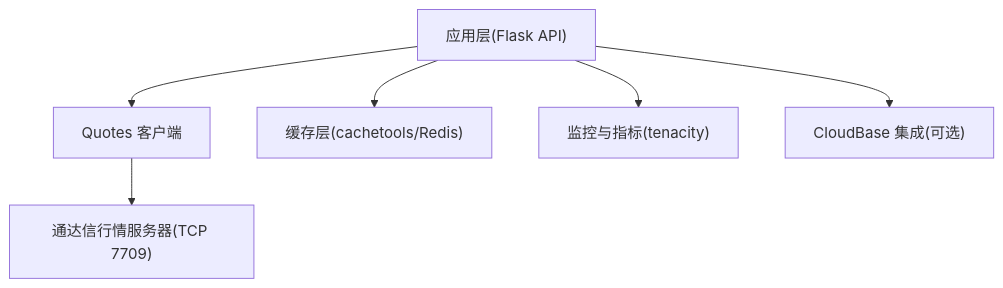
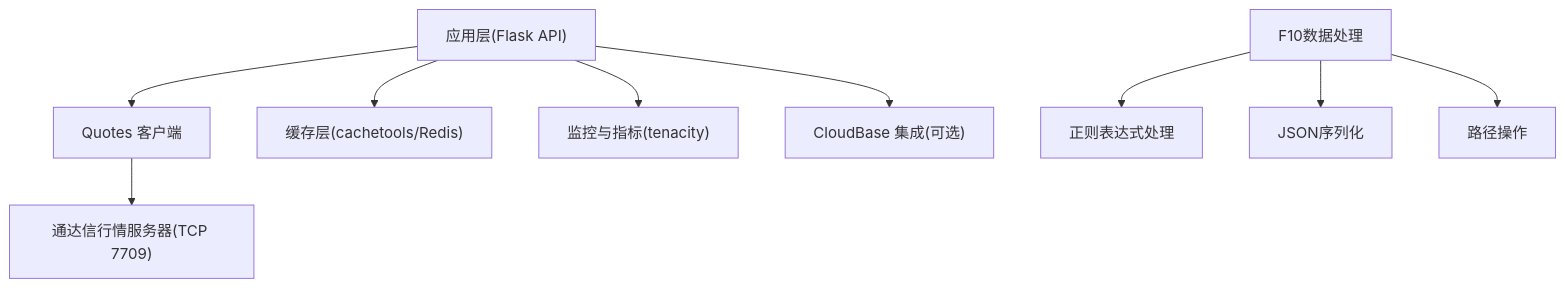
Before and after one commit to MORECORIANDERS/SCBE-web: the seventh of 7 diagrams in .qoder/repowiki/zh/content/技术实现/技术实现.md, drawn with Mermaid. The commit also changed other lines of this file and 16 other files, not shown here.

````diff
--- a/.qoder/repowiki/zh/content/技术实现/技术实现.md
+++ b/.qoder/repowiki/zh/content/技术实现/技术实现.md
@@ -270,8 +323,11 @@
 ```mermaid
 graph TB
 App["应用层(Flask API)"] --> Quotes["Quotes 客户端"]
 App --> Cache["缓存层(cachetools/Redis)"]
 App --> Metrics["监控与指标(tenacity)"]
 Quotes --> TDX["通达信行情服务器(TCP 7709)"]
 App --> CloudBase["CloudBase 集成(可选)"]
+F10Proc["F10数据处理"] --> Regex["正则表达式处理"]
+F10Proc --> JSON["JSON序列化"]
+F10Proc --> PathOps["路径操作"]
 ```
````
